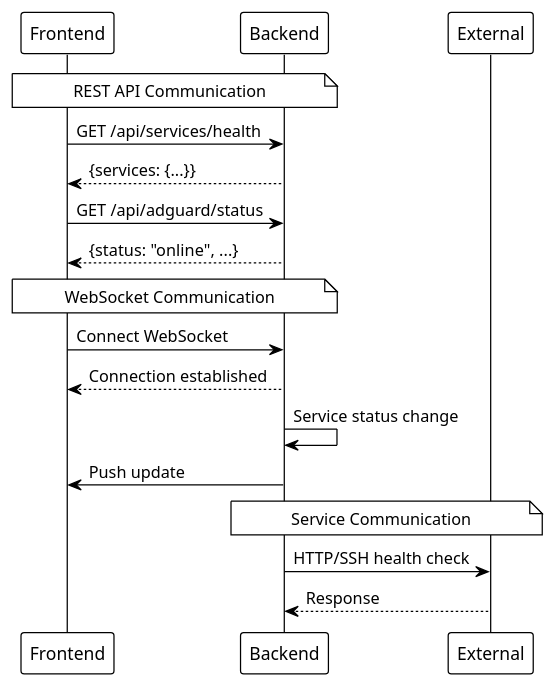
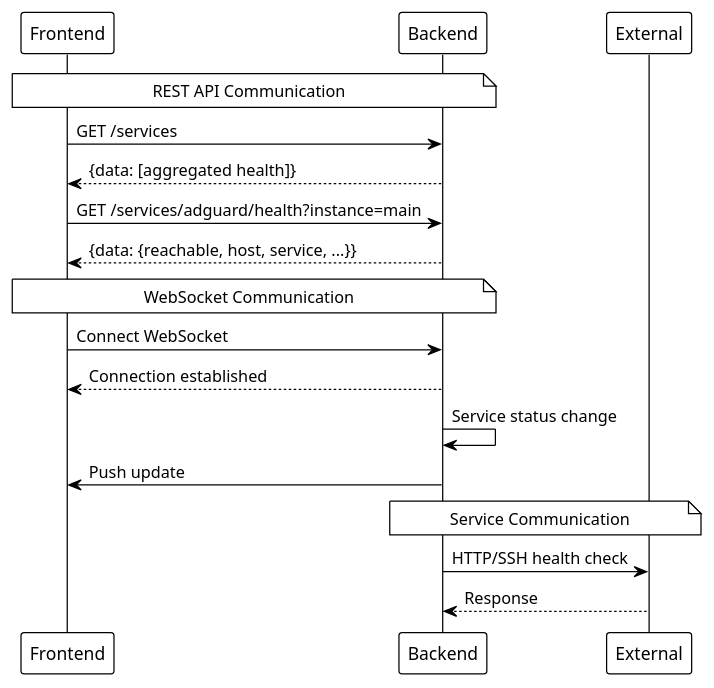
Before and after one commit to EraPartner/Watchman: the second of 2 diagrams in docs/architecture/index.md, drawn with PlantUML. The commit also changed other lines of this file and 32 other files, not shown here.

````diff
--- a/docs/architecture/index.md
+++ b/docs/architecture/index.md
@@ -202,36 +202,36 @@
 ```plantuml
 @startuml
 !theme plain
 
 participant "Frontend" as FE
 participant "Backend" as BE
 participant "External" as Ext
 
 note over FE, BE
   REST API Communication
 end note
 
-FE -> BE : GET /api/services/health
-BE --> FE : {services: {...}}
+FE -> BE : GET /services
+BE --> FE : {data: [aggregated health]}
 
-FE -> BE : GET /api/adguard/status
-BE --> FE : {status: "online", ...}
+FE -> BE : GET /services/adguard/health?instance=main
+BE --> FE : {data: {reachable, host, service, ...}}
 
 note over FE, BE
   WebSocket Communication
 end note
 
 FE -> BE : Connect WebSocket
 BE --> FE : Connection established
 
 BE -> BE : Service status change
 BE -> FE : Push update
 
 note over BE, Ext
   Service Communication
 end note
 
 BE -> Ext : HTTP/SSH health check
 Ext --> BE : Response
 @enduml
 ```
````
